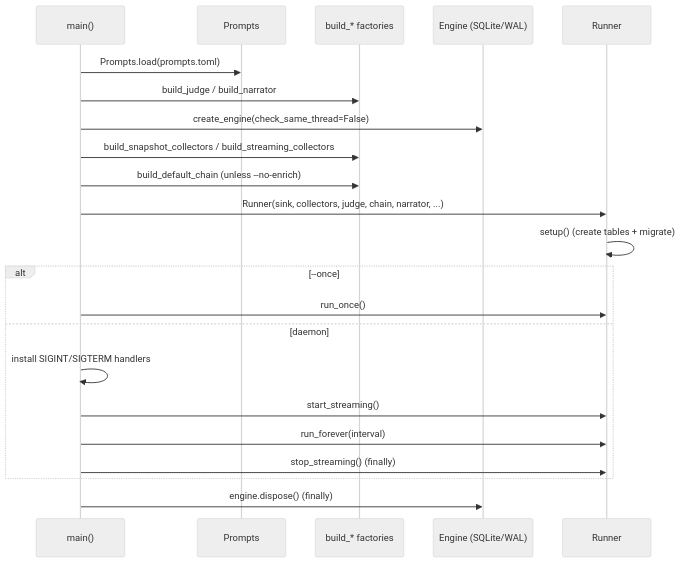
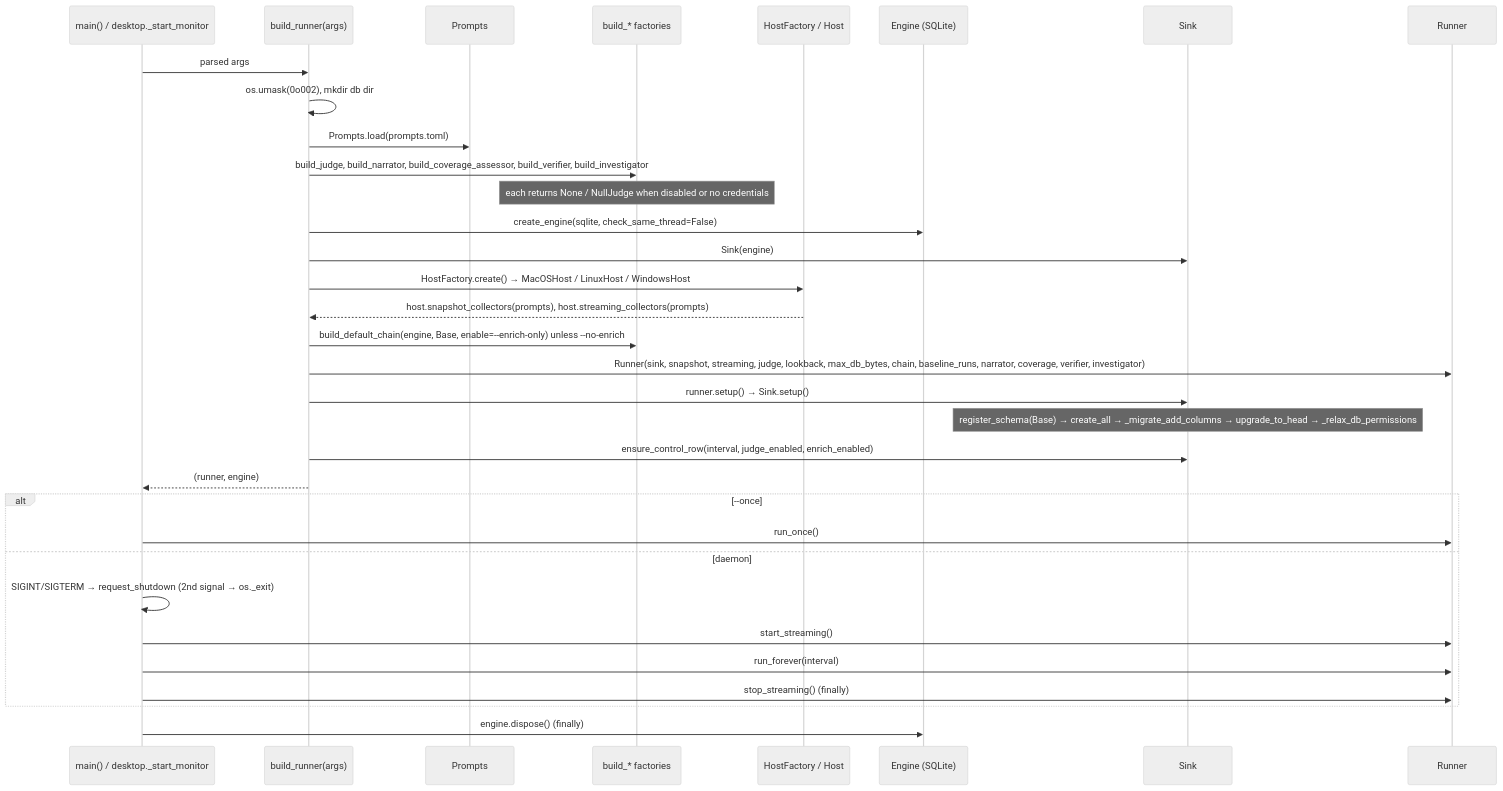
One commit to iklobato/avai changed the fourth of 23 diagrams in docs/ARCHITECTURE.md. Above: the diagram before and after it, drawn with Mermaid (neutral theme). The commit also changed other lines of this file and 1 other file, not shown here.

First line of the commit message:
docs: refresh architecture map and replace the refactor plan

````diff
--- a/docs/ARCHITECTURE.md
+++ b/docs/ARCHITECTURE.md
@@ -377,25 +264,36 @@
 ```mermaid
 sequenceDiagram
-    participant M as main()
+    participant M as main() / desktop._start_monitor
+    participant B as build_runner(args)
     participant P as Prompts
     participant F as build_* factories
-    participant E as Engine (SQLite/WAL)
+    participant H as HostFactory / Host
+    participant E as Engine (SQLite)
+    participant S as Sink
     participant R as Runner
 
-    M->>P: Prompts.load(prompts.toml)
-    M->>F: build_judge / build_narrator
-    M->>E: create_engine(check_same_thread=False)
-    M->>F: build_snapshot_collectors / build_streaming_collectors
-    M->>F: build_default_chain (unless --no-enrich)
-    M->>R: Runner(sink, collectors, judge, chain, narrator, ...)
-    R->>R: setup()  (create tables + migrate)
+    M->>B: parsed args
+    B->>B: os.umask(0o002), mkdir db dir
+    B->>P: Prompts.load(prompts.toml)
+    B->>F: build_judge, build_narrator, build_coverage_assessor, build_verifier, build_investigator
+    Note over F: each returns None / NullJudge when disabled or no credentials
+    B->>E: create_engine(sqlite, check_same_thread=False)
+    B->>S: Sink(engine)
+    B->>H: HostFactory.create() → MacOSHost / LinuxHost / WindowsHost
+    H-->>B: host.snapshot_collectors(prompts), host.streaming_collectors(prompts)
+    B->>F: build_default_chain(engine, Base, enable=--enrich-only) unless --no-enrich
+    B->>R: Runner(sink, snapshot, streaming, judge, lookback, max_db_bytes, chain, baseline_runs, narrator, coverage, verifier, investigator)
+    B->>S: runner.setup() → Sink.setup()
+    Note over S: register_schema(Base) → create_all → _migrate_add_columns → upgrade_to_head → _relax_db_permissions
+    B->>S: ensure_control_row(interval, judge_enabled, enrich_enabled)
+    B-->>M: (runner, engine)
     alt --once
         M->>R: run_once()
     else daemon
-        M->>M: install SIGINT/SIGTERM handlers
+        M->>M: SIGINT/SIGTERM → request_shutdown (2nd signal → os._exit)
         M->>R: start_streaming()
         M->>R: run_forever(interval)
         M->>R: stop_streaming() (finally)
     end
     M->>E: engine.dispose() (finally)
 ```
````
